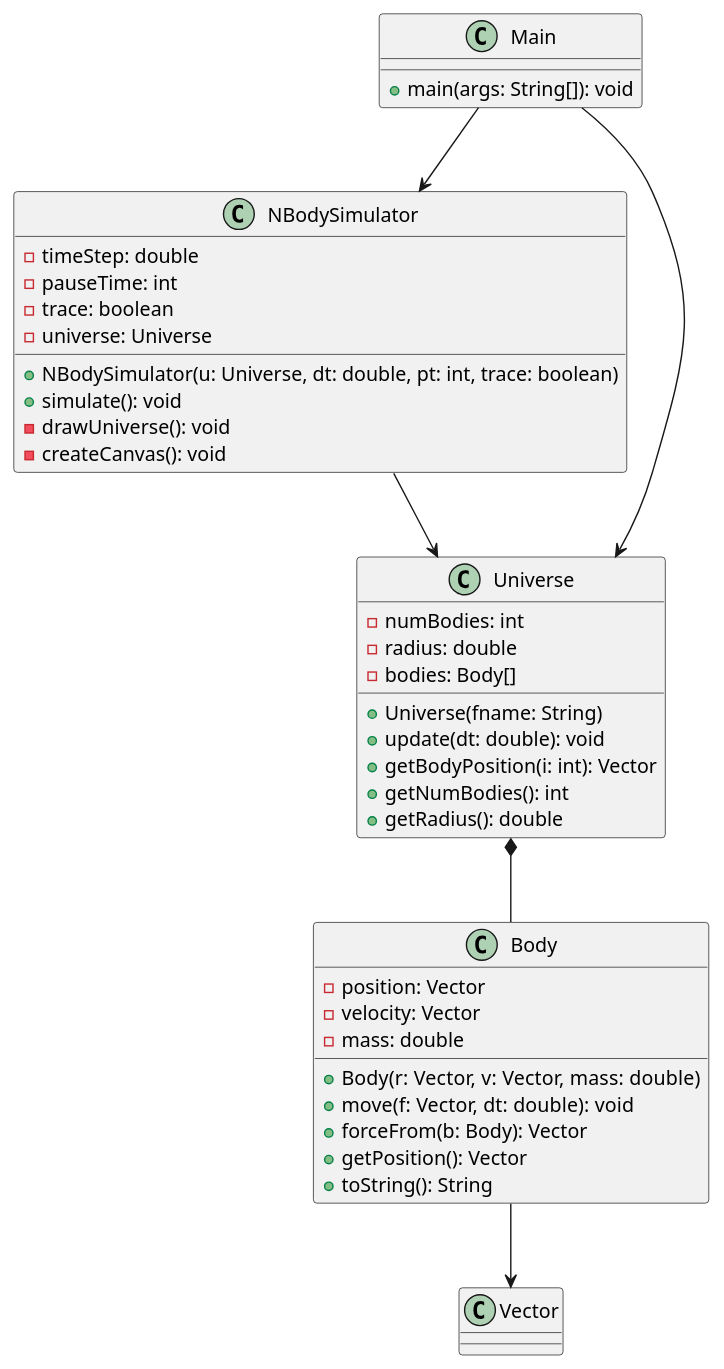
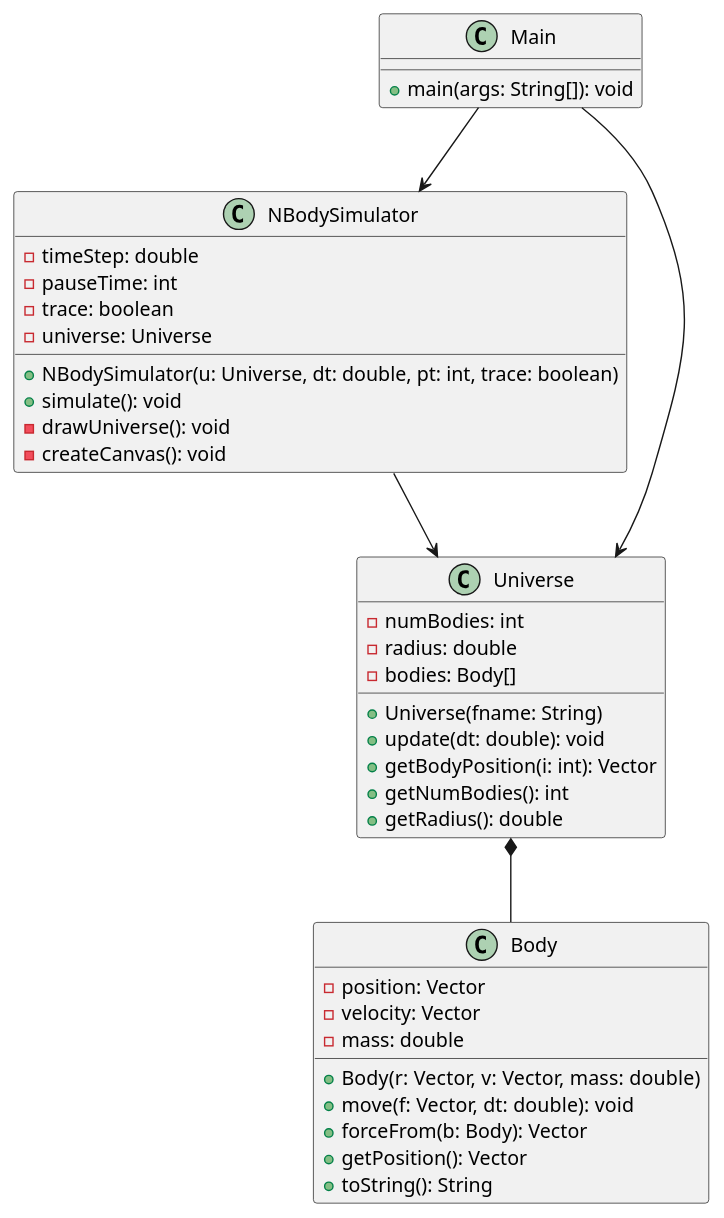
One commit to 1670166YoussefR/nbody_Entrega changed the diagram in src/Class.puml. Above: the diagram before and after it, drawn with PlantUML.

Commit message:
Eliminamos Vector porque no sirve de nada

```diff
--- a/src/Class.puml
+++ b/src/Class.puml
@@ -1,44 +1,43 @@
 @startuml
 class Main {
   + main(args: String[]): void
 }
 
 class NBodySimulator {
   - timeStep: double
   - pauseTime: int
   - trace: boolean
   - universe: Universe
   + NBodySimulator(u: Universe, dt: double, pt: int, trace: boolean)
   + simulate(): void
   - drawUniverse(): void
   - createCanvas(): void
 }
 
 class Universe {
   - numBodies: int
   - radius: double
   - bodies: Body[]
   + Universe(fname: String)
   + update(dt: double): void
   + getBodyPosition(i: int): Vector
   + getNumBodies(): int
   + getRadius(): double
 }
 
 class Body {
   - position: Vector
   - velocity: Vector
   - mass: double
   + Body(r: Vector, v: Vector, mass: double)
   + move(f: Vector, dt: double): void
   + forceFrom(b: Body): Vector
   + getPosition(): Vector
   + toString(): String
 }
 
 Main --> Universe
 Main --> NBodySimulator
 NBodySimulator --> Universe
 Universe *-- Body
-Body --> Vector
 @enduml
```
